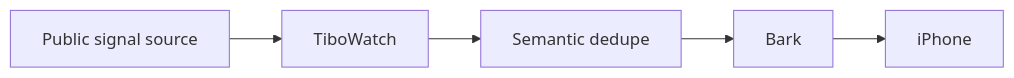
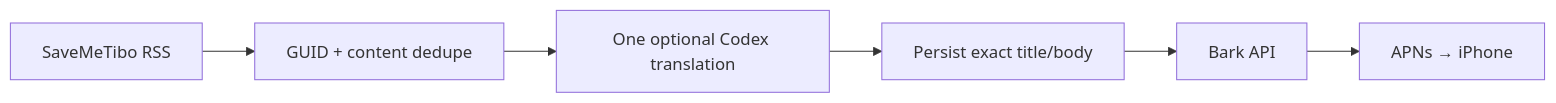
One commit to hkwsg/tibowatch changed the diagram in README.md. Above: the diagram before and after it, drawn with Mermaid. The commit also changed other lines of this file and 13 other files, not shown here.

Commit message:
feat: mirror published RSS alerts with one-shot Codex translation

````diff
--- a/README.md
+++ b/README.md
@@ -11,7 +13,8 @@
 ```mermaid
 flowchart LR
-    A[Public signal source] --> B[TiboWatch]
-    B --> C[Semantic dedupe]
-    C --> D[Bark]
-    D --> E[iPhone]
+    A[SaveMeTibo RSS] --> B[GUID + content dedupe]
+    B --> C[One optional Codex translation]
+    C --> D[Persist exact title/body]
+    D --> E[Bark API]
+    E --> F[APNs → iPhone]
 ```
````
